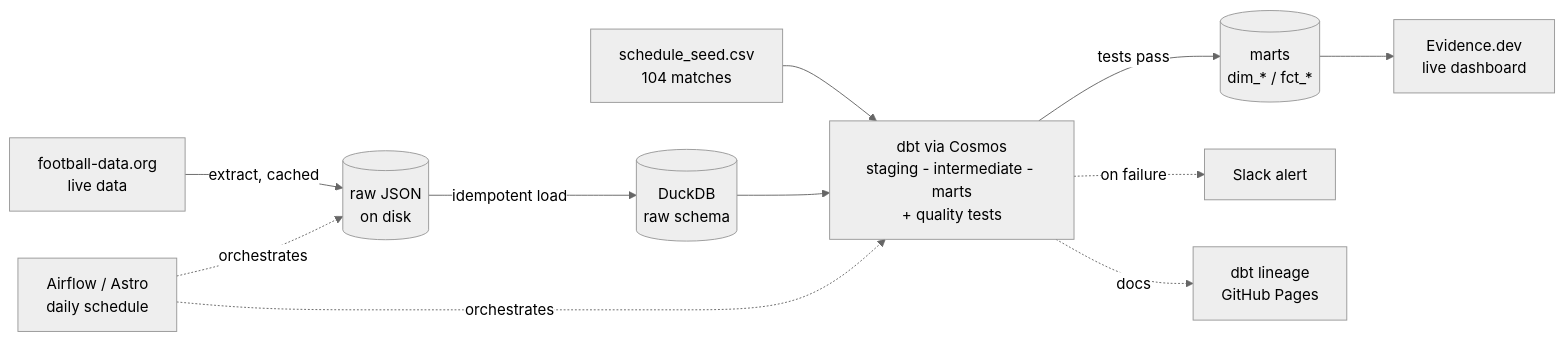
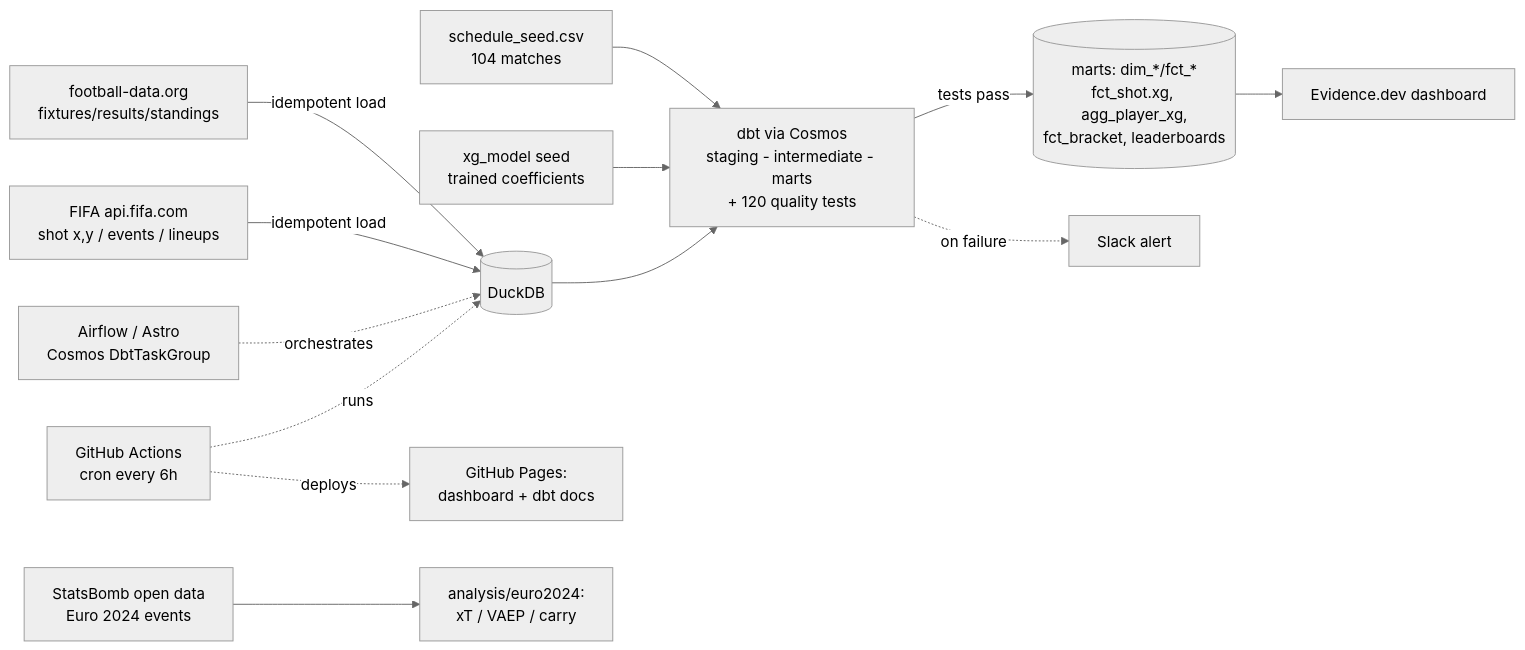
The diagram in README.md (aatrey56/worldcup26-elt), drawn with Mermaid (neutral theme) before and after one commit. The commit also changed other lines of this file and 1 other file, not shown here.

First line of the commit message:
docs: bring README + CLAUDE.md up to date with the full live system

````diff
--- a/README.md
+++ b/README.md
@@ -11,13 +23,15 @@
 ```mermaid
 flowchart LR
-    api[football-data.org<br/>live data] -->|extract, cached| raw[(raw JSON<br/>on disk)]
+    fd[football-data.org<br/>fixtures/results/standings] -->|idempotent load| duck[(DuckDB)]
+    fifa[FIFA api.fifa.com<br/>shot x,y / events / lineups] -->|idempotent load| duck
     seed[schedule_seed.csv<br/>104 matches] --> dbt
-    raw -->|idempotent load| duck[(DuckDB<br/>raw schema)]
-    duck --> dbt[dbt via Cosmos<br/>staging - intermediate - marts<br/>+ quality tests]
-    dbt -->|tests pass| marts[(marts<br/>dim_* / fct_*)]
-    marts --> dash[Evidence.dev<br/>live dashboard]
-    airflow[Airflow / Astro<br/>daily schedule] -.orchestrates.-> raw
-    airflow -.orchestrates.-> dbt
+    xgseed[xg_model seed<br/>trained coefficients] --> dbt
+    duck --> dbt[dbt via Cosmos<br/>staging - intermediate - marts<br/>+ 120 quality tests]
+    dbt -->|tests pass| marts[(marts: dim_*/fct_*<br/>fct_shot.xg, agg_player_xg,<br/>fct_bracket, leaderboards)]
+    marts --> dash[Evidence.dev dashboard]
+    airflow[Airflow / Astro<br/>Cosmos DbtTaskGroup] -.orchestrates.-> duck
+    gha[GitHub Actions<br/>cron every 6h] -.runs.-> duck
+    gha -.deploys.-> pages[GitHub Pages:<br/>dashboard + dbt docs]
     dbt -.on failure.-> slack[Slack alert]
-    dbt -.docs.-> pages[dbt lineage<br/>GitHub Pages]
+    sb[StatsBomb open data<br/>Euro 2024 events] --> analysis[analysis/euro2024:<br/>xT / VAEP / carry]
 ```
````
